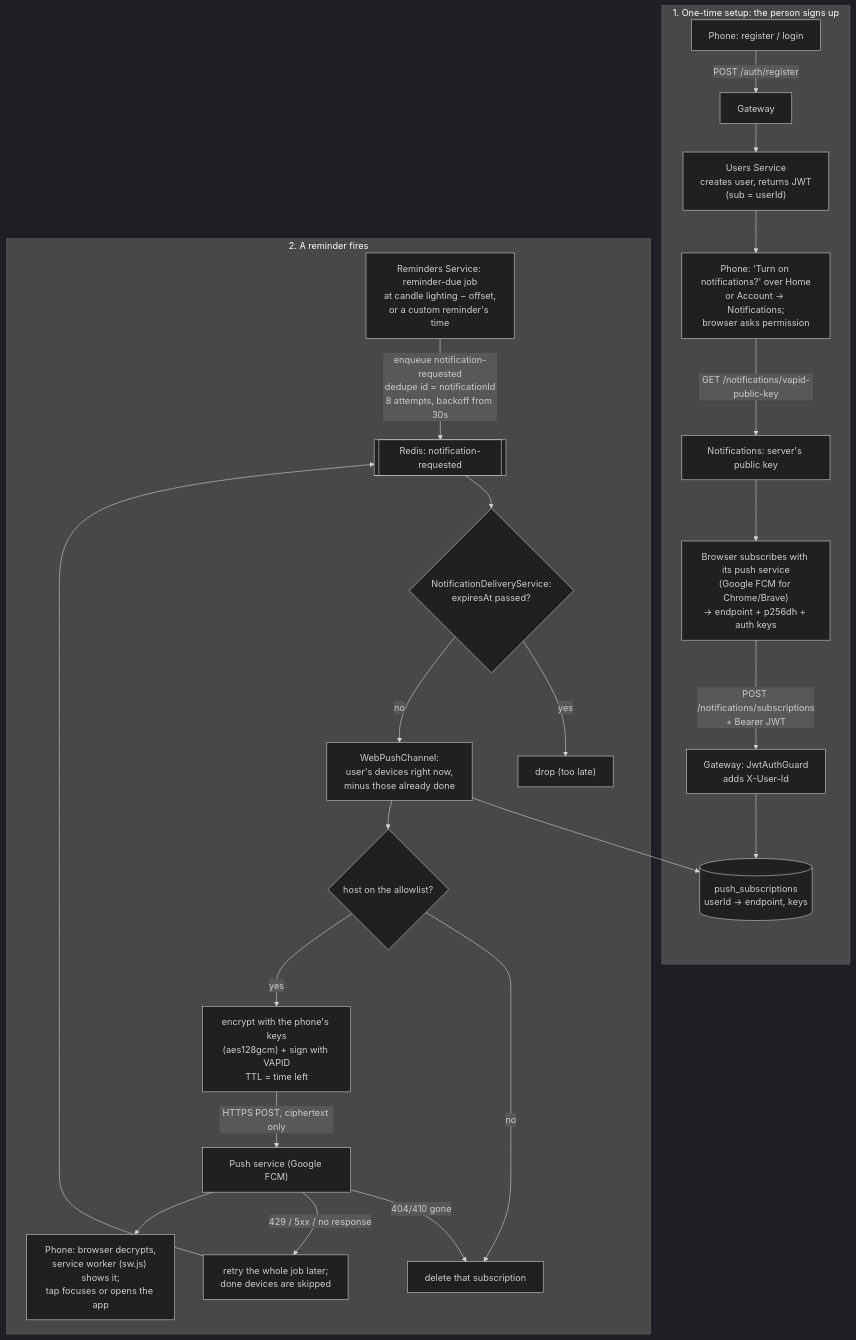
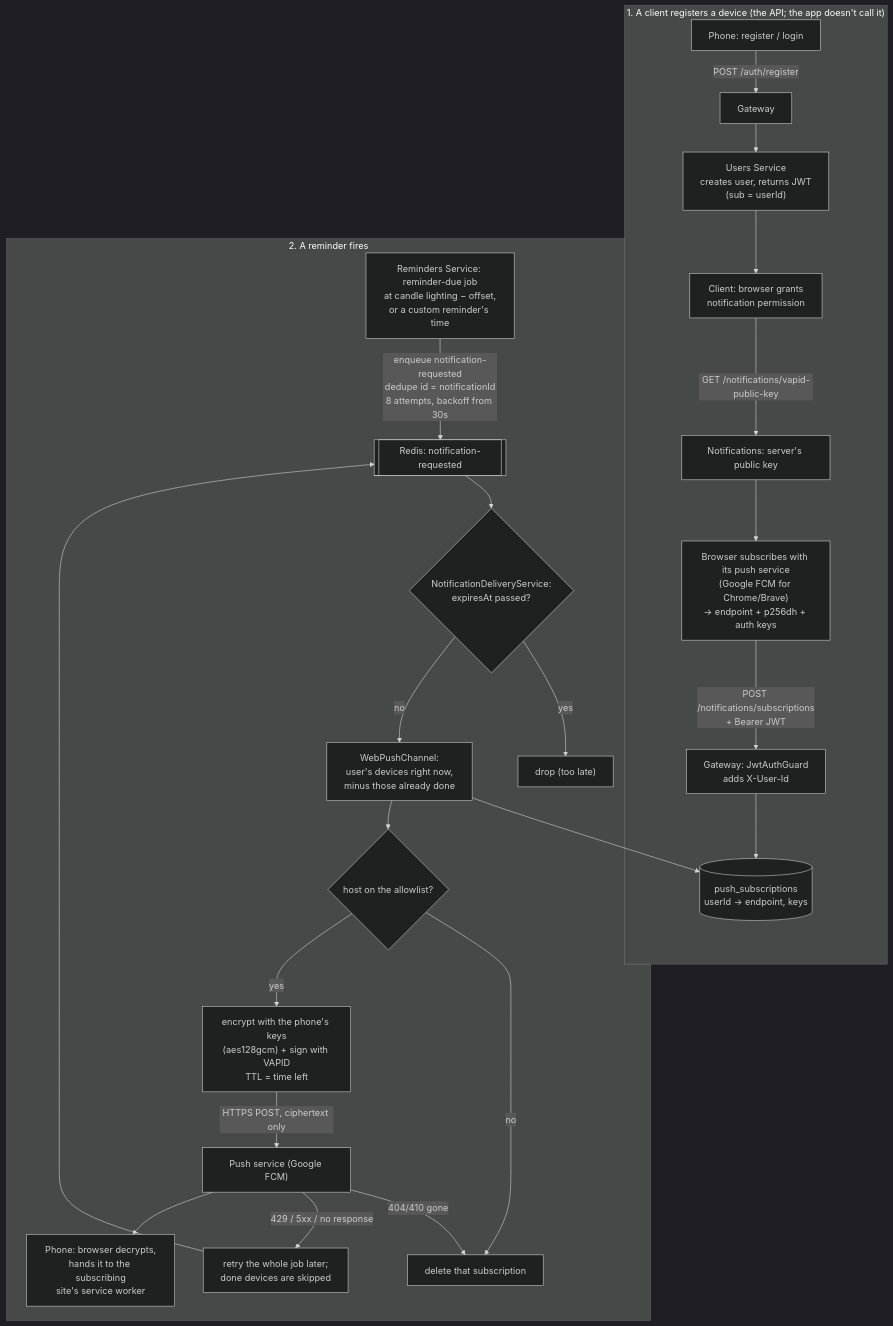
Before and after one commit to LidorElmakaies/personal-copilot: the diagram in docs/specs/notification-flow.md, drawn with Mermaid (dark theme). The commit also changed other lines of this file and 51 other files, not shown here.

````diff
--- a/docs/specs/notification-flow.md
+++ b/docs/specs/notification-flow.md
@@ -9,28 +11,28 @@
 ```mermaid
 flowchart TD
-    subgraph A["1. One-time setup: the person signs up"]
+    subgraph A["1. A client registers a device (the API; the app doesn't call it)"]
         R1["Phone: register / login"] -->|POST /auth/register| GW1["Gateway"]
         GW1 --> AUTH["Users Service<br/>creates user, returns JWT<br/>(sub = userId)"]
-        AUTH --> R2["Phone: 'Turn on notifications?' over Home<br/>or Account → Notifications;<br/>browser asks permission"]
+        AUTH --> R2["Client: browser grants<br/>notification permission"]
         R2 -->|GET /notifications/vapid-public-key| KEY["Notifications: server's public key"]
         KEY --> R3["Browser subscribes with its push service<br/>(Google FCM for Chrome/Brave)<br/>→ endpoint + p256dh + auth keys"]
         R3 -->|"POST /notifications/subscriptions<br/>+ Bearer JWT"| GW2["Gateway: JwtAuthGuard<br/>adds X-User-Id"]
         GW2 --> SUB[("push_subscriptions<br/>userId → endpoint, keys")]
     end
 
     subgraph B["2. A reminder fires"]
         REM["Reminders Service: reminder-due job<br/>at candle lighting − offset,<br/>or a custom reminder's time"] -->|"enqueue notification-requested<br/>dedupe id = notificationId<br/>8 attempts, backoff from 30s"| Q1[["Redis: notification-requested"]]
         Q1 --> ND{"NotificationDeliveryService:<br/>expiresAt passed?"}
         ND -->|yes| DROP["drop (too late)"]
         ND -->|no| WP["WebPushChannel:<br/>user's devices right now,<br/>minus those already done"]
         WP --> SUB
         WP --> ALLOW{"host on the allowlist?"}
         ALLOW -->|no| DEL
         ALLOW -->|yes| ENC["encrypt with the phone's keys<br/>(aes128gcm) + sign with VAPID<br/>TTL = time left"]
         ENC -->|HTTPS POST, ciphertext only| FCM["Push service (Google FCM)"]
         FCM -->|404/410 gone| DEL["delete that subscription"]
         FCM -->|"429 / 5xx / no response"| RETRY["retry the whole job later;<br/>done devices are skipped"]
         RETRY --> Q1
-        FCM --> PH["Phone: browser decrypts,<br/>service worker (sw.js) shows it;<br/>tap focuses or opens the app"]
+        FCM --> PH["Phone: browser decrypts,<br/>hands it to the subscribing<br/>site's service worker"]
     end
 ```
````
